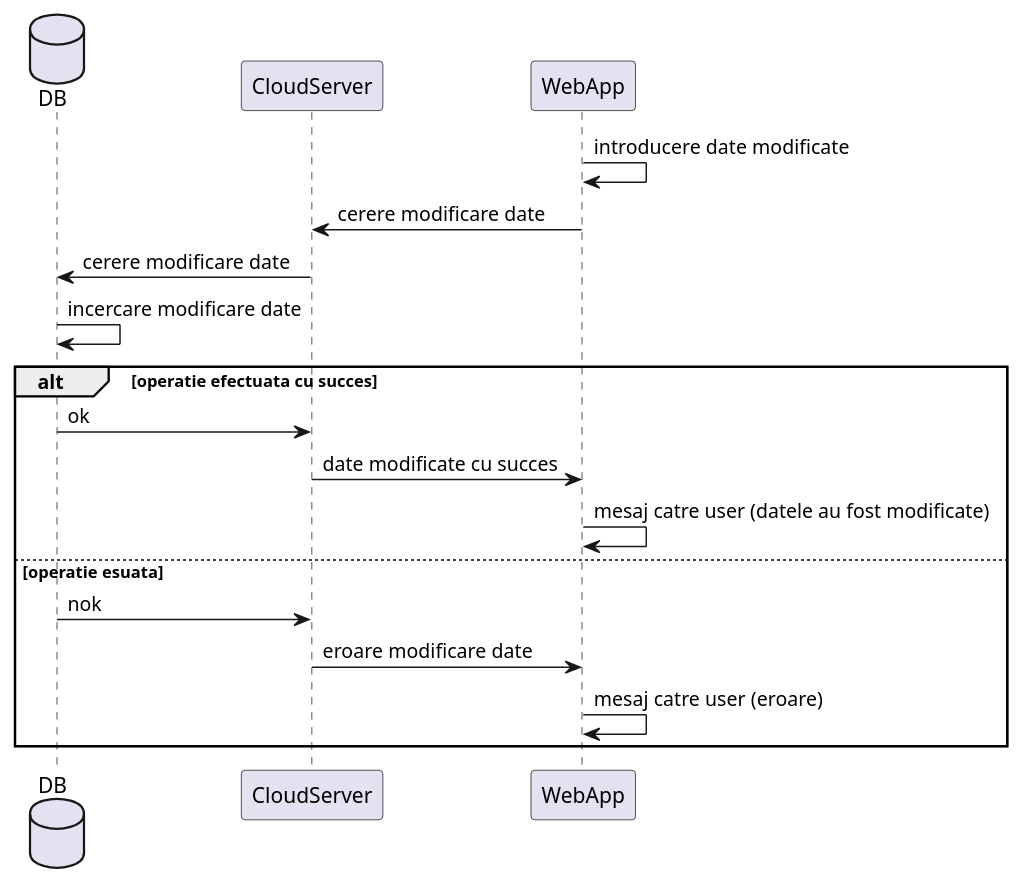
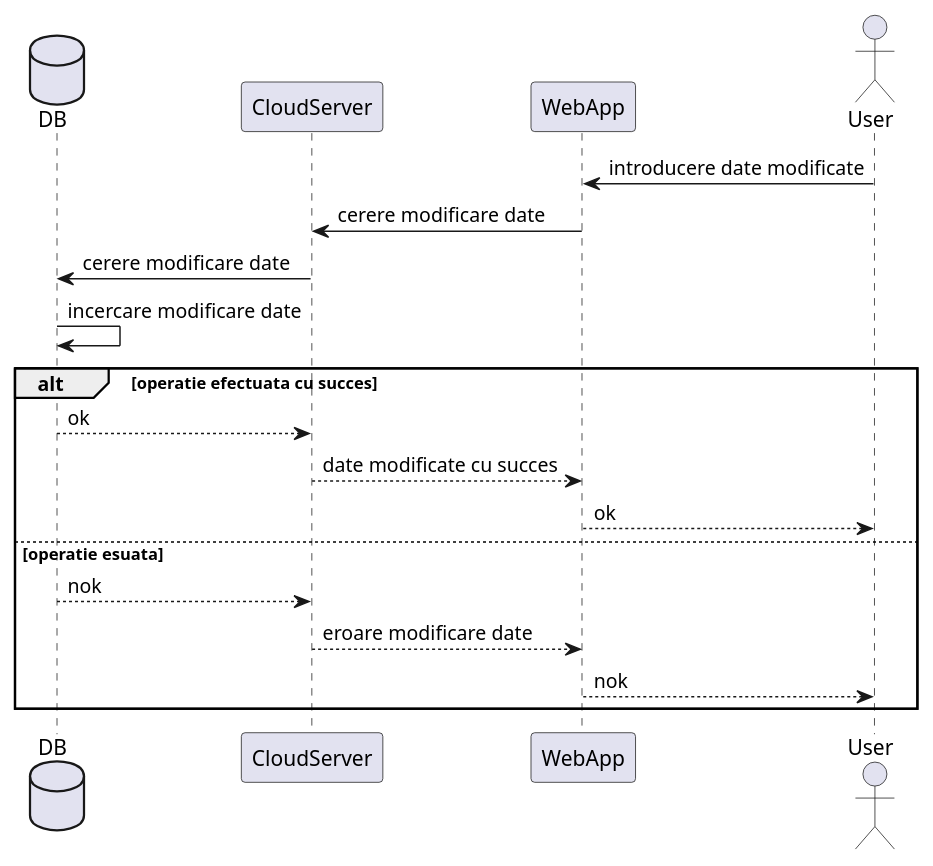
One commit to BVasi/ProiectIP changed the diagram in Sequence_DG/WebApp/modificare_date_pacient.plantuml. Above: the diagram before and after it, drawn with PlantUML. The commit also changed 10 other files, not shown here.

```diff
--- a/Sequence_DG/WebApp/modificare_date_pacient.plantuml
+++ b/Sequence_DG/WebApp/modificare_date_pacient.plantuml
@@ -1,20 +1,21 @@
 @startuml modificare_date_pacient
 
-   database DB
-   participant CloudServer
-   participant WebApp
+database DB
+participant CloudServer
+participant WebApp
+actor User
 
-   WebApp -> WebApp: introducere date modificate
-   WebApp -> CloudServer: cerere modificare date
-   CloudServer -> DB: cerere modificare date
-   DB -> DB: incercare modificare date
-   alt operatie efectuata cu succes
-       DB -> CloudServer: ok
-       CloudServer -> WebApp: date modificate cu succes
-       WebApp -> WebApp: mesaj catre user (datele au fost modificate)
-   else operatie esuata
-       DB -> CloudServer: nok
-       CloudServer -> WebApp: eroare modificare date
-       WebApp -> WebApp: mesaj catre user (eroare)
-   end
+User -> WebApp: introducere date modificate
+WebApp -> CloudServer: cerere modificare date
+CloudServer -> DB: cerere modificare date
+DB -> DB: incercare modificare date
+alt operatie efectuata cu succes
+    DB --> CloudServer: ok
+    CloudServer --> WebApp: date modificate cu succes
+    WebApp --> User: ok
+else operatie esuata
+    DB --> CloudServer: nok
+    CloudServer --> WebApp: eroare modificare date
+    WebApp --> User: nok
+end
 @enduml
```
